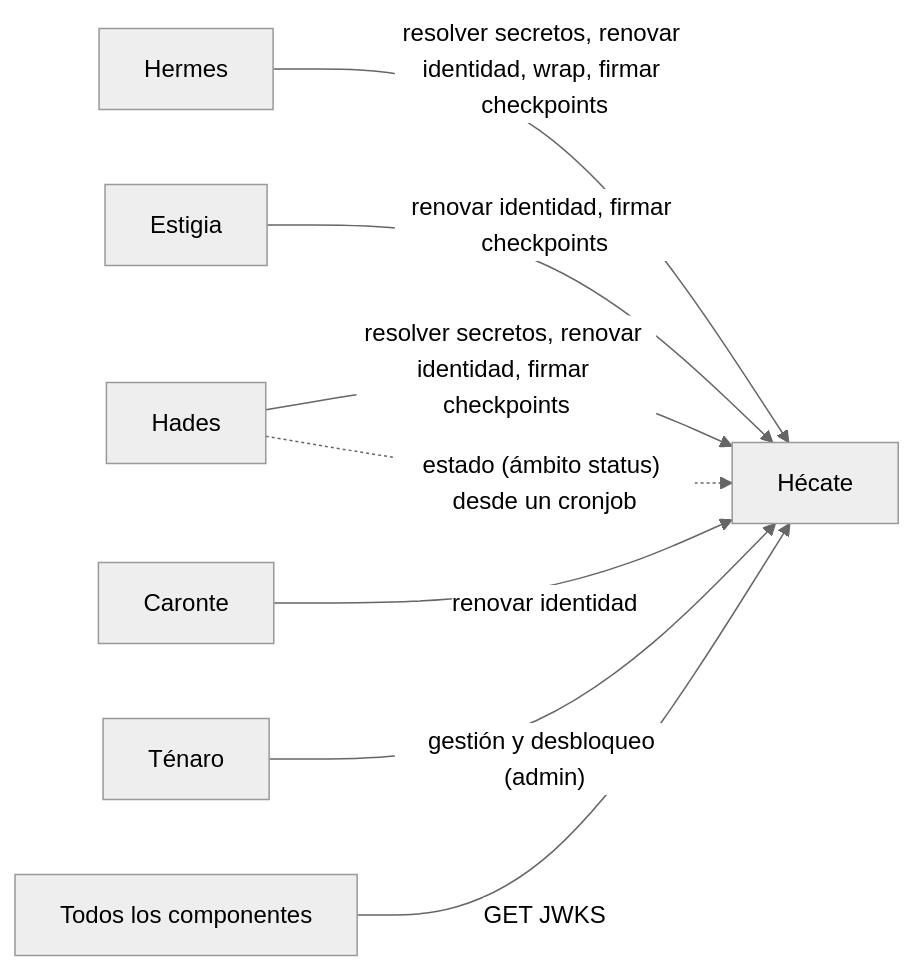
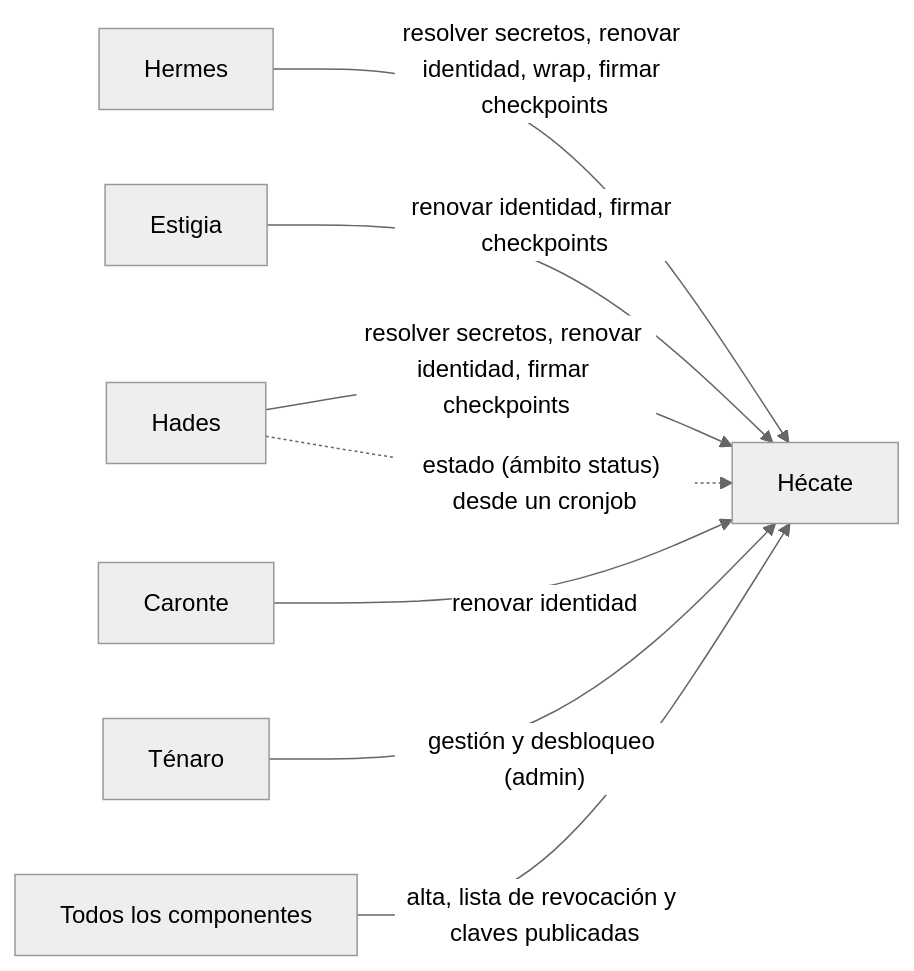
The first of 7 diagrams in docs/hecate.md (xandro30/Cerbero), drawn with Mermaid (neutral theme) before and after one commit. The commit also changed other lines of this file and 129 other files, not shown here.

````diff
--- a/docs/hecate.md
+++ b/docs/hecate.md
@@ -29,10 +29,10 @@
 ```mermaid
 flowchart LR
     Hades -- "resolver secretos, renovar identidad, firmar checkpoints" --> Hecate[Hécate]
     Hermes -- "resolver secretos, renovar identidad, wrap, firmar checkpoints" --> Hecate
     Estigia -- "renovar identidad, firmar checkpoints" --> Hecate
     Caronte -- "renovar identidad" --> Hecate
     Tenaro[Ténaro] -- "gestión y desbloqueo (admin)" --> Hecate
     Hades -. "estado (ámbito status) desde un cronjob" .-> Hecate
-    Todos[Todos los componentes] -- "GET JWKS" --> Hecate
+    Todos[Todos los componentes] -- "alta, lista de revocación y claves publicadas" --> Hecate
 ```
````
